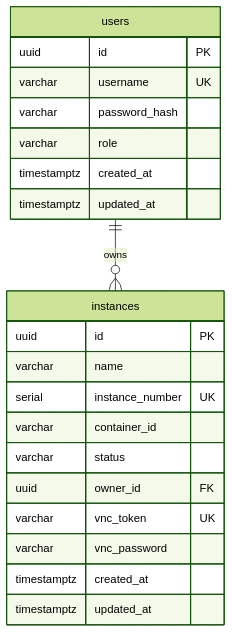
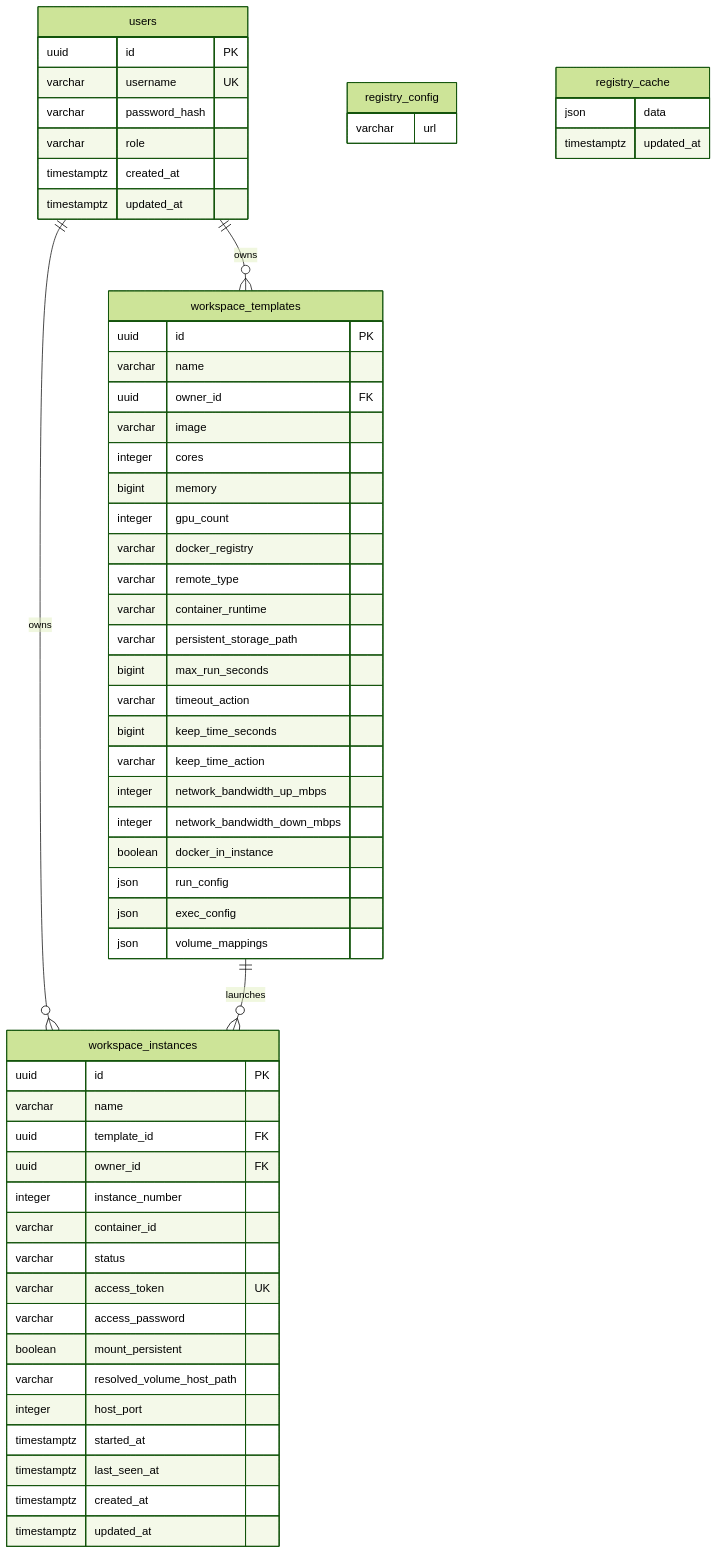
One commit to TsukiSama9292/OpenWorkspace-Engine changed the seventh of 7 diagrams in docs/architecture.md. Above: the diagram before and after it, drawn with Mermaid (forest theme). The commit also changed other lines of this file and 11 other files, not shown here.

````diff
--- a/docs/architecture.md
+++ b/docs/architecture.md
@@ -338,26 +363,67 @@
 ```mermaid
 erDiagram
     users {
         uuid id PK
         varchar username UK
         varchar password_hash
         varchar role
         timestamptz created_at
         timestamptz updated_at
     }
 
-    instances {
+    workspace_templates {
         uuid id PK
         varchar name
-        serial instance_number UK
+        uuid owner_id FK
+        varchar image
+        integer cores
+        bigint memory
+        integer gpu_count
+        varchar docker_registry
+        varchar remote_type
+        varchar container_runtime
+        varchar persistent_storage_path
+        bigint max_run_seconds
+        varchar timeout_action
+        bigint keep_time_seconds
+        varchar keep_time_action
+        integer network_bandwidth_up_mbps
+        integer network_bandwidth_down_mbps
+        boolean docker_in_instance
+        json run_config
+        json exec_config
+        json volume_mappings
+    }
+
+    workspace_instances {
+        uuid id PK
+        varchar name
+        uuid template_id FK
+        uuid owner_id FK
+        integer instance_number
         varchar container_id
         varchar status
-        uuid owner_id FK
-        varchar vnc_token UK
-        varchar vnc_password
+        varchar access_token UK
+        varchar access_password
+        boolean mount_persistent
+        varchar resolved_volume_host_path
+        integer host_port
+        timestamptz started_at
+        timestamptz last_seen_at
         timestamptz created_at
         timestamptz updated_at
     }
 
-    users ||--o{ instances : "owns"
+    registry_config {
+        varchar url
+    }
+
+    registry_cache {
+        json data
+        timestamptz updated_at
+    }
+
+    users ||--o{ workspace_templates : "owns"
+    users ||--o{ workspace_instances : "owns"
+    workspace_templates ||--o{ workspace_instances : "launches"
 ```
````
